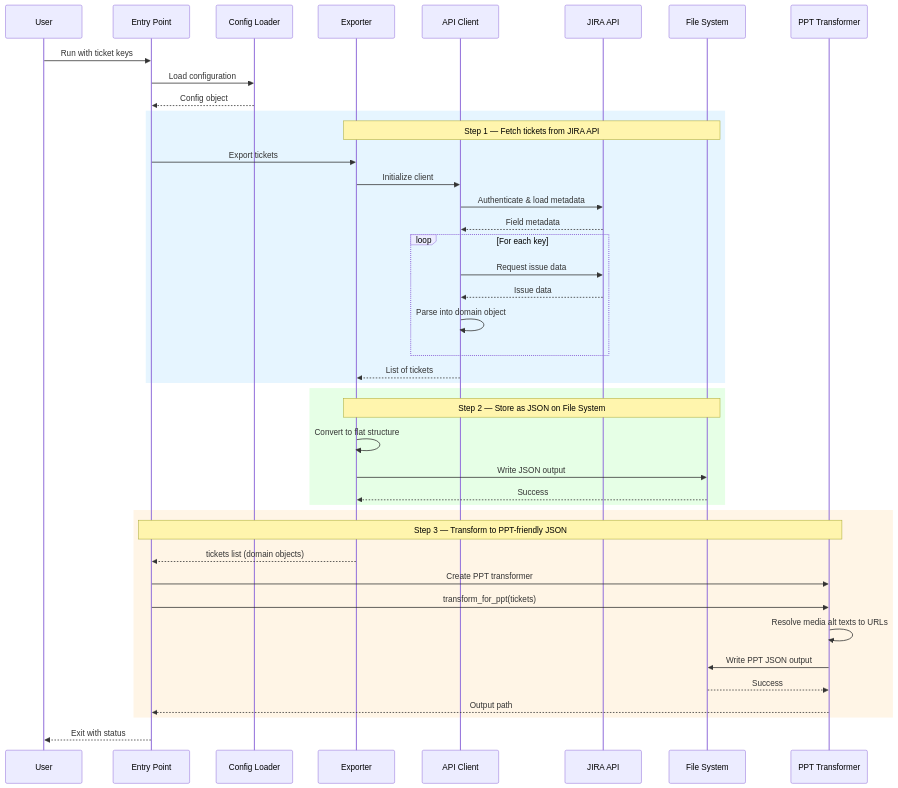
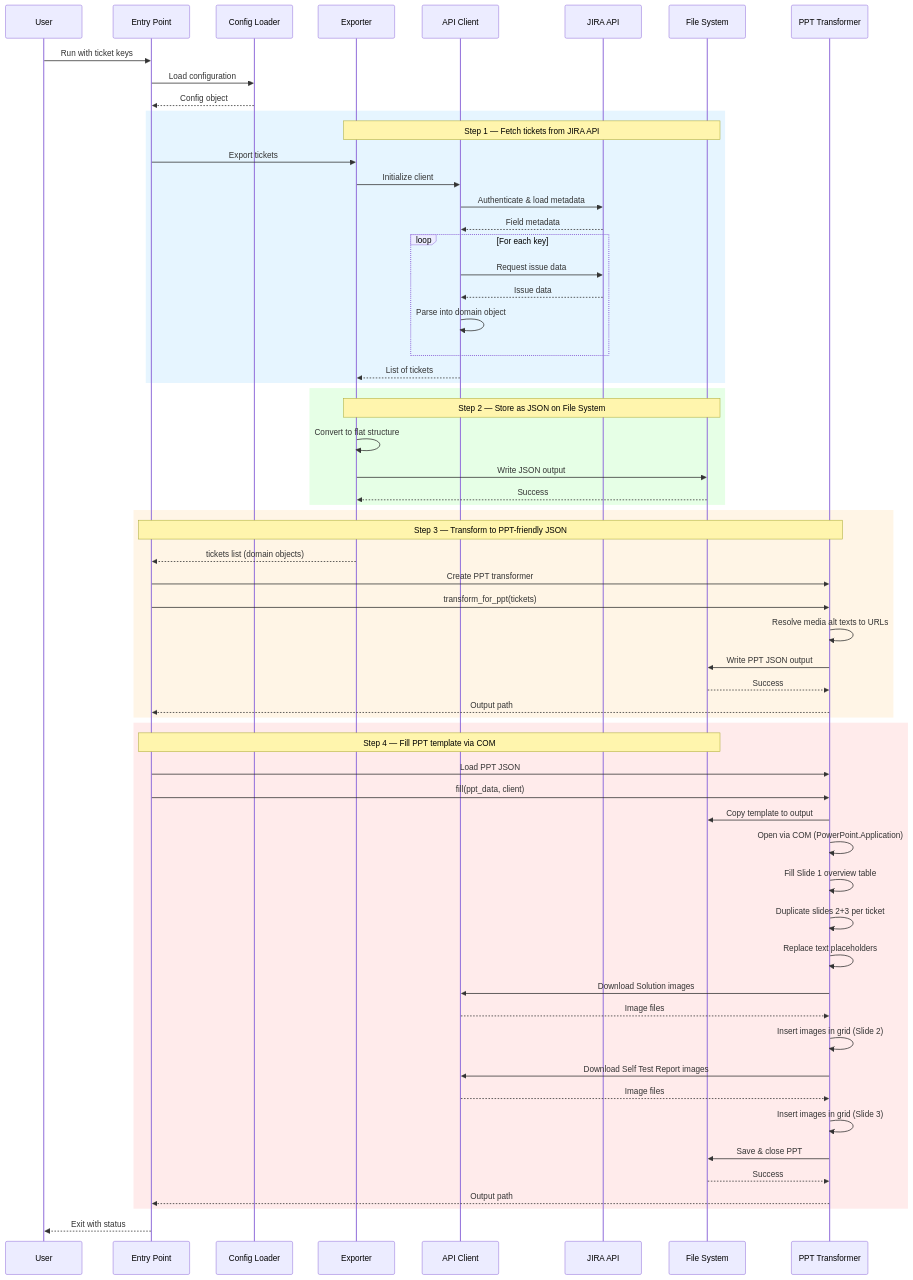
One commit to baochen-rw/JIRA-exporter changed the diagram in design/general design.md. Above: the diagram before and after it, drawn with Mermaid. The commit also changed 5 other files, not shown here.

Commit message:
[2026-06-26 23:27] Implement PPT COM automation with hardcoded placeholder dimensions

````diff
--- a/design/general design.md
+++ b/design/general design.md
@@ -1,49 +1,69 @@
 ```mermaid
 sequenceDiagram
     participant U as User
     participant M as Entry Point
     participant C as Config Loader
     participant E as Exporter
     participant J as API Client
     participant API as JIRA API
     participant F as File System
     participant P as PPT Transformer
 
     U->>M: Run with ticket keys
     M->>C: Load configuration
     C-->>M: Config object
 
     rect rgb(230, 245, 255)
     Note over E,F: Step 1 — Fetch tickets from JIRA API
     M->>E: Export tickets
     E->>J: Initialize client
     J->>API: Authenticate & load metadata
     API-->>J: Field metadata
     loop For each key
         J->>API: Request issue data
         API-->>J: Issue data
         J->>J: Parse into domain object
     end
     J-->>E: List of tickets
     end
 
     rect rgb(230, 255, 230)
     Note over E,F: Step 2 — Store as JSON on File System
     E->>E: Convert to flat structure
     E->>F: Write JSON output
     F-->>E: Success
     end
 
     rect rgb(255, 245, 230)
     Note over M,P: Step 3 — Transform to PPT-friendly JSON
     E-->>M: tickets list (domain objects)
     M->>P: Create PPT transformer
     M->>P: transform_for_ppt(tickets)
     P->>P: Resolve media alt texts to URLs
     P->>F: Write PPT JSON output
     F-->>P: Success
     P-->>M: Output path
     end
 
+    rect rgb(255, 235, 235)
+    Note over M,F: Step 4 — Fill PPT template via COM
+    M->>P: Load PPT JSON
+    M->>P: fill(ppt_data, client)
+    P->>F: Copy template to output
+    P->>P: Open via COM (PowerPoint.Application)
+    P->>P: Fill Slide 1 overview table
+    P->>P: Duplicate slides 2+3 per ticket
+    P->>P: Replace text placeholders
+    P->>J: Download Solution images
+    J-->>P: Image files
+    P->>P: Insert images in grid (Slide 2)
+    P->>J: Download Self Test Report images
+    J-->>P: Image files
+    P->>P: Insert images in grid (Slide 3)
+    P->>F: Save & close PPT
+    F-->>P: Success
+    P-->>M: Output path
+    end
+
     M-->>U: Exit with status
 ```
````
